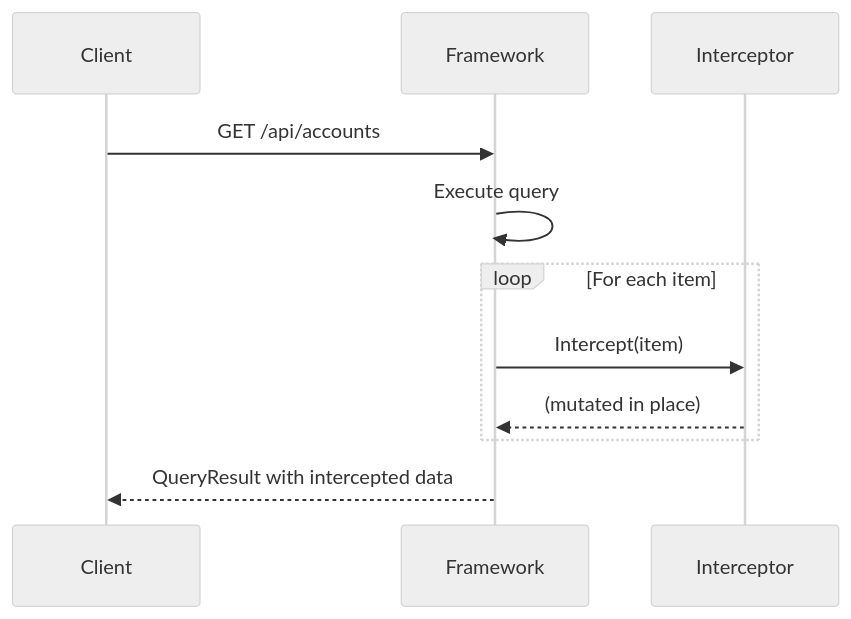
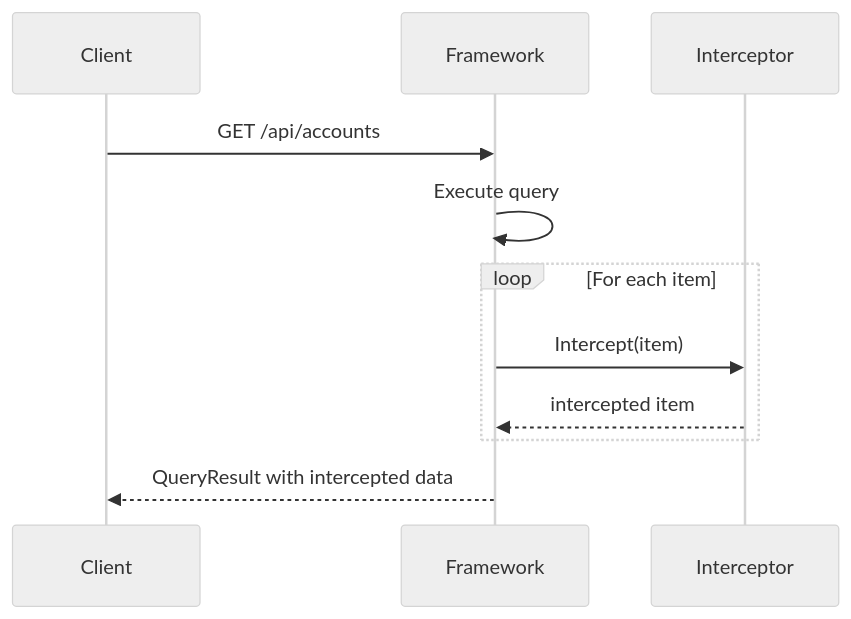
One commit to Cratis/Arc changed the diagram in Documentation/backend/queries/read-model-interception.md. Above: the diagram before and after it, drawn with Mermaid (neutral theme). The commit also changed other lines of this file and 37 other files, not shown here.

````diff
--- a/Documentation/backend/queries/read-model-interception.md
+++ b/Documentation/backend/queries/read-model-interception.md
@@ -9,14 +9,14 @@
 ```mermaid
 sequenceDiagram
     participant Client
     participant Framework
     participant Interceptor
 
     Client->>Framework: GET /api/accounts
     Framework->>Framework: Execute query
     loop For each item
         Framework->>Interceptor: Intercept(item)
-        Interceptor-->>Framework: (mutated in place)
+        Interceptor-->>Framework: intercepted item
     end
     Framework-->>Client: QueryResult with intercepted data
 ```
````
